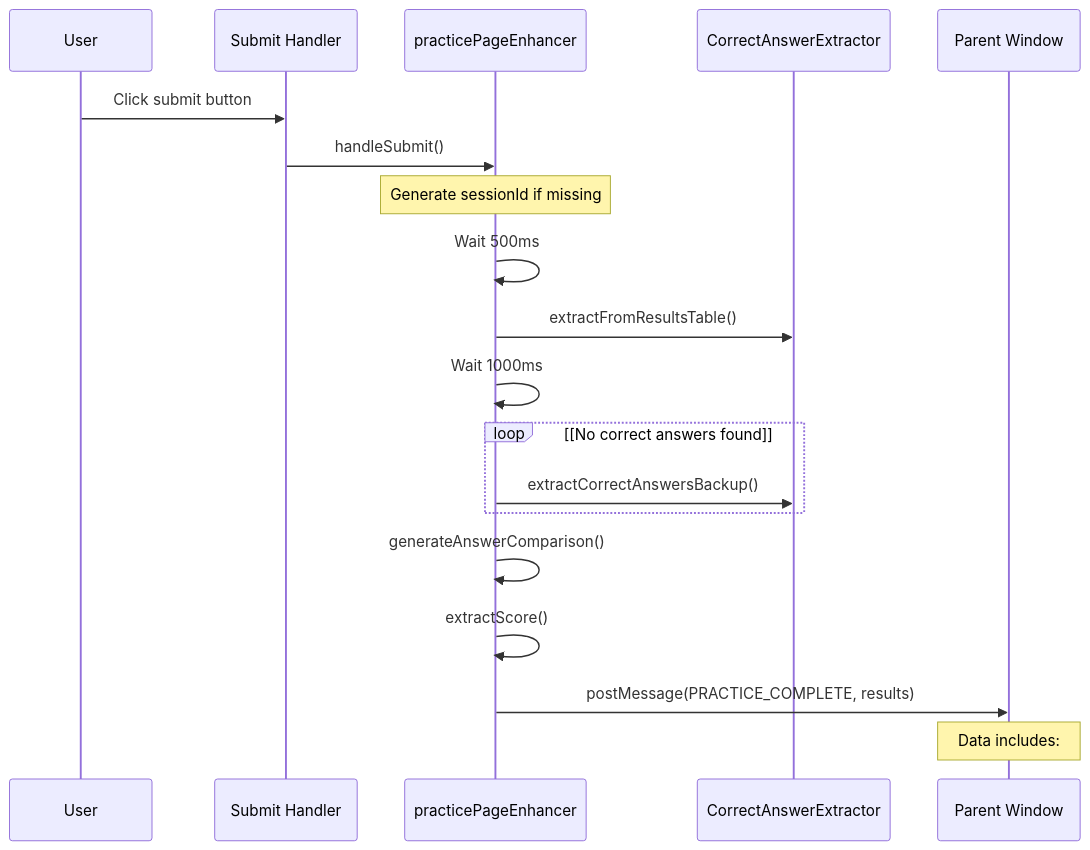
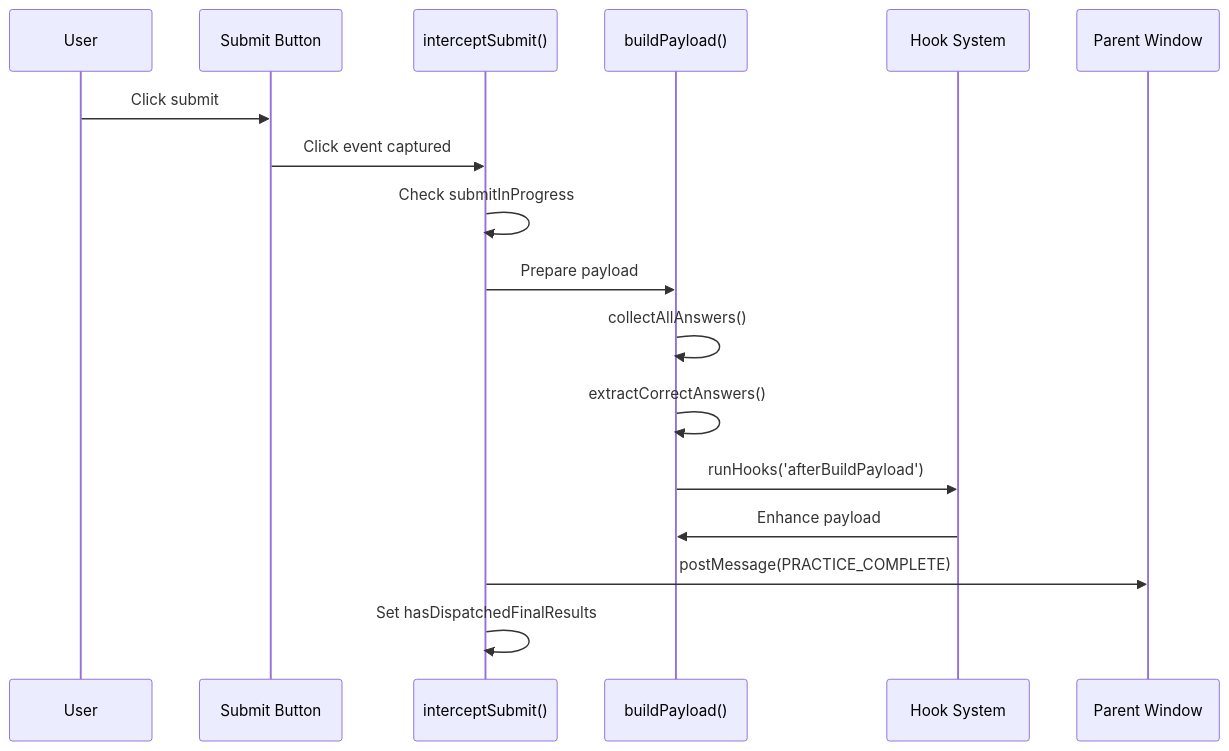
One commit to sallowayma-git/IELTS-practice changed the ninth of 13 diagrams in developer/doc/Wiki/Practice-Page-Enhancement-&-Data-Collection.md. Above: the diagram before and after it, drawn with Mermaid. The commit also changed other lines of this file and 84 other files, not shown here.

````diff
--- a/developer/doc/Wiki/Practice-Page-Enhancement-&-Data-Collection.md
+++ b/developer/doc/Wiki/Practice-Page-Enhancement-&-Data-Collection.md
@@ -620,22 +613,20 @@
 ```mermaid
 sequenceDiagram
-  participant User
-  participant Submit Handler
-  participant practicePageEnhancer
-  participant CorrectAnswerExtractor
-  participant Parent Window
+  participant p1 as User
+  participant p2 as Submit Button
+  participant p3 as interceptSubmit()
+  participant p4 as buildPayload()
+  participant p5 as Hook System
+  participant p6 as Parent Window
 
-  User->>Submit Handler: Click submit button
-  Submit Handler->>practicePageEnhancer: handleSubmit()
-  note over practicePageEnhancer: Generate sessionId if missing
-  practicePageEnhancer->>practicePageEnhancer: Wait 500ms
-  practicePageEnhancer->>CorrectAnswerExtractor: extractFromResultsTable()
-  practicePageEnhancer->>practicePageEnhancer: Wait 1000ms
-  loop [No correct answers found]
-    practicePageEnhancer->>CorrectAnswerExtractor: extractCorrectAnswersBackup()
-  end
-  practicePageEnhancer->>practicePageEnhancer: generateAnswerComparison()
-  practicePageEnhancer->>practicePageEnhancer: extractScore()
-  practicePageEnhancer->>Parent Window: postMessage(PRACTICE_COMPLETE, results)
-  note over Parent Window: Data includes:
+  p1->>p2: Click submit
+  p2->>p3: Click event captured
+  p3->>p3: Check submitInProgress
+  p3->>p4: Prepare payload
+  p4->>p4: collectAllAnswers()
+  p4->>p4: extractCorrectAnswers()
+  p4->>p5: runHooks('afterBuildPayload')
+  p5->>p4: Enhance payload
+  p3->>p6: postMessage(PRACTICE_COMPLETE)
+  p3->>p3: Set hasDispatchedFinalResults
 ```
````
